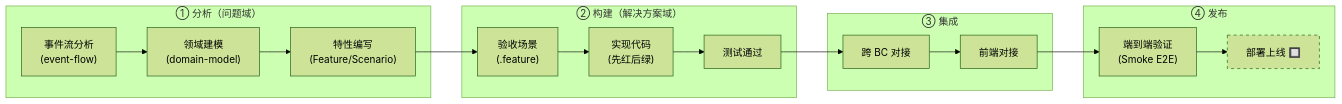
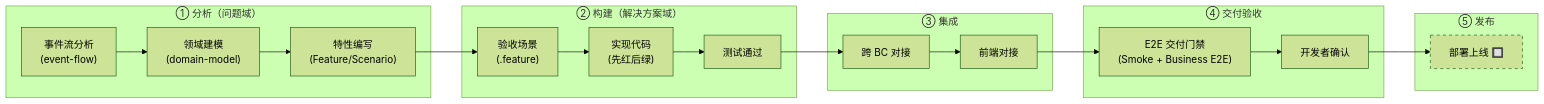
One commit to mianhe/HMall changed the first of 2 diagrams in .cursor/skills/README.md. Above: the diagram before and after it, drawn with Mermaid (forest theme). The commit also changed other lines of this file and 5 other files, not shown here.

````diff
--- a/.cursor/skills/README.md
+++ b/.cursor/skills/README.md
@@ -36,34 +36,39 @@
 ```mermaid
 flowchart LR
     subgraph A["① 分析（问题域）"]
         A1["事件流分析<br/>(event-flow)"]
         A2["领域建模<br/>(domain-model)"]
         A3["特性编写<br/>(Feature/Scenario)"]
         A1 --> A2 --> A3
     end
 
     subgraph B["② 构建（解决方案域）"]
         B1["验收场景<br/>(.feature)"]
         B2["实现代码<br/>(先红后绿)"]
         B3["测试通过"]
         B1 --> B2 --> B3
     end
 
     subgraph C["③ 集成"]
         C1["跨 BC 对接"]
         C2["前端对接"]
         C1 --> C2
     end
 
-    subgraph D["④ 发布"]
-        D1["端到端验证<br/>(Smoke E2E)"]
-        D2["部署上线 🔲"]
+    subgraph D["④ 交付验收"]
+        D1["E2E 交付门禁<br/>(Smoke + Business E2E)"]
+        D2["开发者确认"]
         D1 --> D2
+    end
+
+    subgraph E["⑤ 发布"]
+        E1["部署上线 🔲"]
     end
 
     A3 --> B1
     B3 --> C1
     C2 --> D1
+    D2 --> E1
 
-    style D2 stroke-dasharray: 5 5
+    style E1 stroke-dasharray: 5 5
 ```
````
